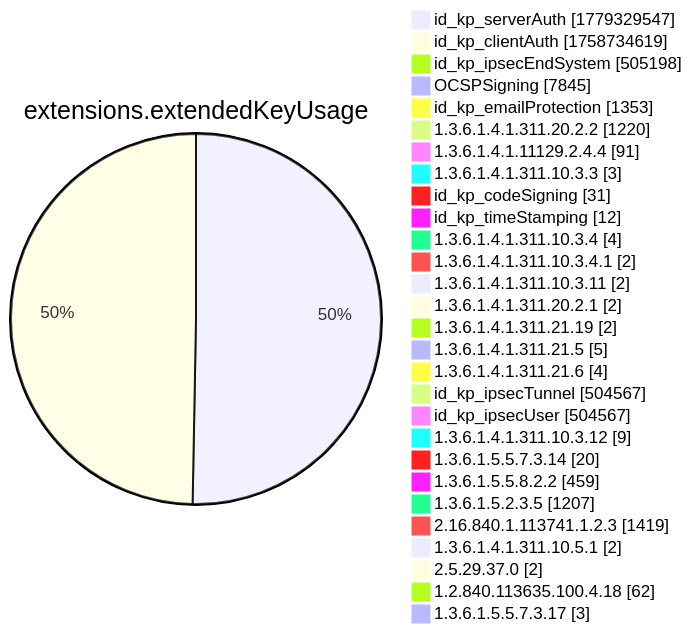
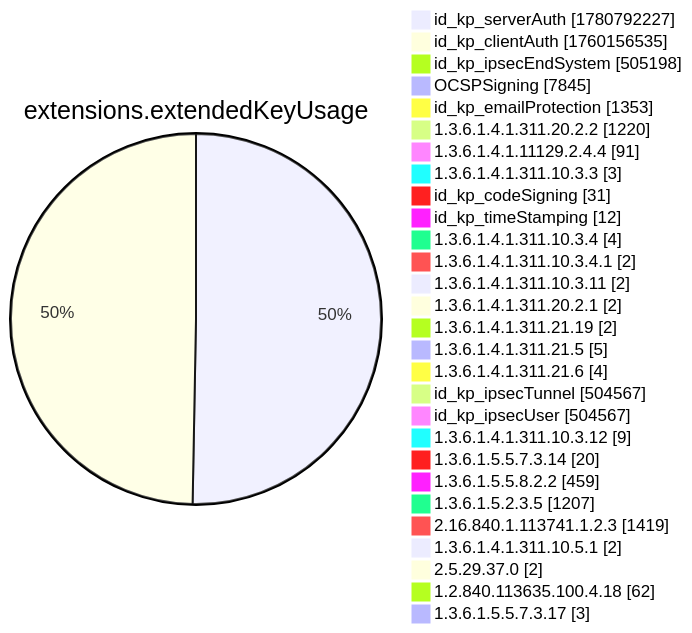
Before and after one commit to christiankrug/ctmonitor_visualization: diagram 12 of 15 in xenon2022/README.md, drawn with Mermaid. The commit also changed other lines of this file, not shown here.

````diff
--- a/xenon2022/README.md
+++ b/xenon2022/README.md
@@ -3894,32 +3894,32 @@
 ```mermaid
 pie showData
 title extensions.extendedKeyUsage
-"id_kp_serverAuth" :1779329547
-"id_kp_clientAuth" :1758734619
+"id_kp_serverAuth" :1780792227
+"id_kp_clientAuth" :1760156535
 "id_kp_ipsecEndSystem" :505198
 "OCSPSigning" :7845
 "id_kp_emailProtection" :1353
 "1.3.6.1.4.1.311.20.2.2" :1220
 "1.3.6.1.4.1.11129.2.4.4" :91
 "1.3.6.1.4.1.311.10.3.3" :3
 "id_kp_codeSigning" :31
 "id_kp_timeStamping" :12
 "1.3.6.1.4.1.311.10.3.4" :4
 "1.3.6.1.4.1.311.10.3.4.1" :2
 "1.3.6.1.4.1.311.10.3.11" :2
 "1.3.6.1.4.1.311.20.2.1" :2
 "1.3.6.1.4.1.311.21.19" :2
 "1.3.6.1.4.1.311.21.5" :5
 "1.3.6.1.4.1.311.21.6" :4
 "id_kp_ipsecTunnel" :504567
 "id_kp_ipsecUser" :504567
 "1.3.6.1.4.1.311.10.3.12" :9
 "1.3.6.1.5.5.7.3.14" :20
 "1.3.6.1.5.5.8.2.2" :459
 "1.3.6.1.5.2.3.5" :1207
 "2.16.840.1.113741.1.2.3" :1419
 "1.3.6.1.4.1.311.10.5.1" :2
 "2.5.29.37.0" :2
 "1.2.840.113635.100.4.18" :62
 "1.3.6.1.5.5.7.3.17" :3
 ```
````
